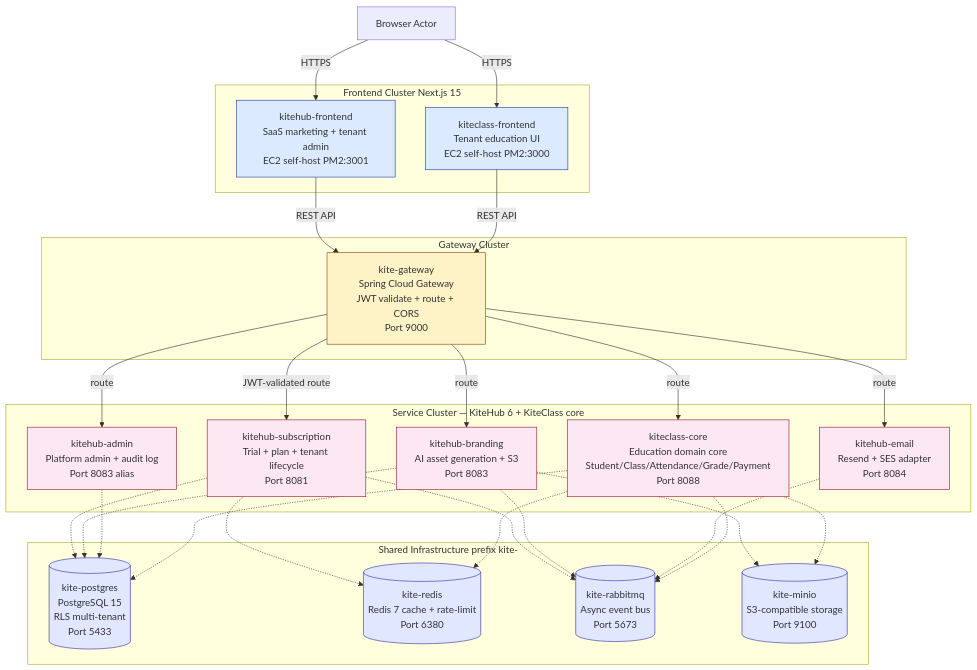
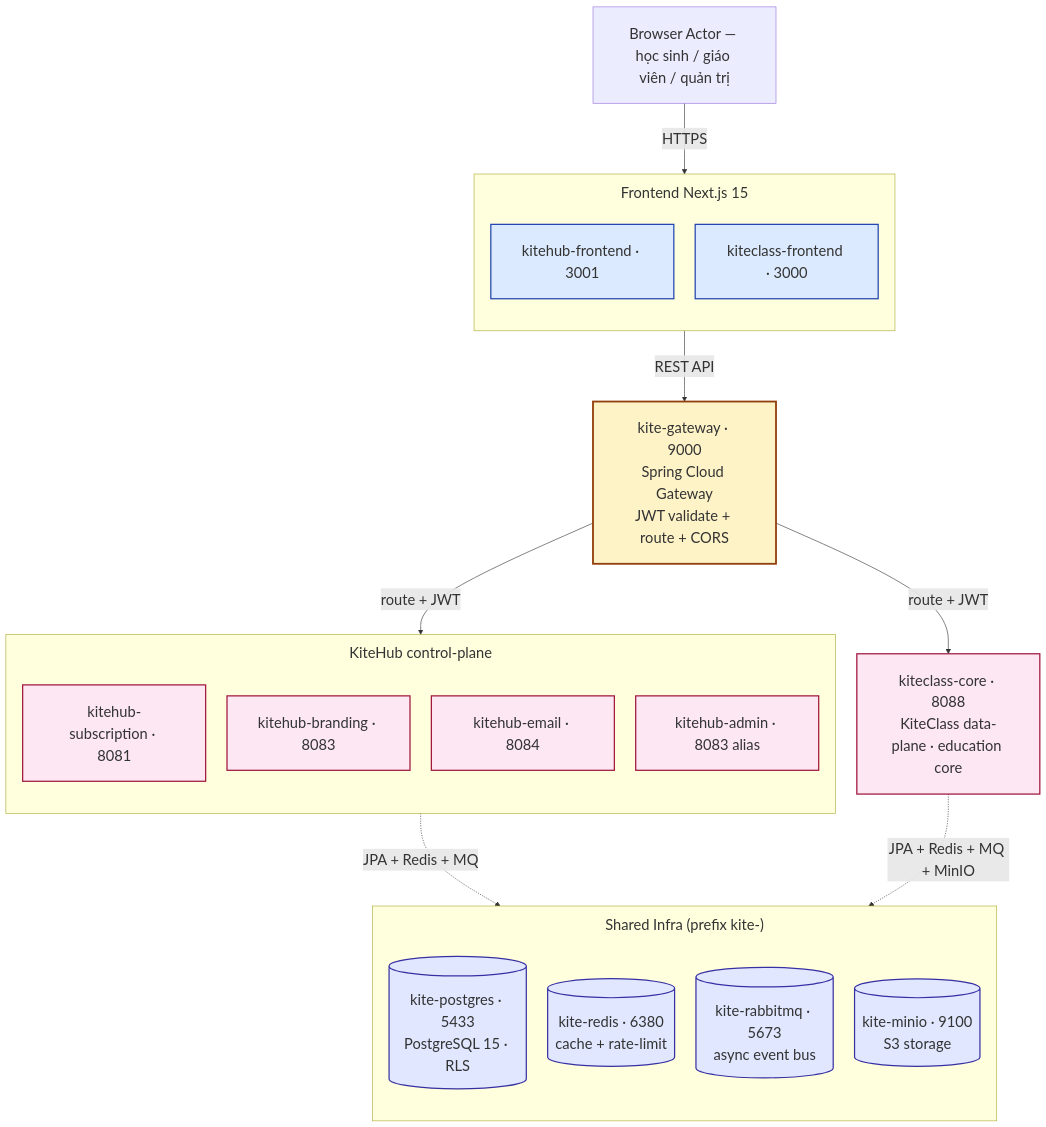
One commit to VictorAurelius/2026-Kite-Class-Platform changed the second of 10 diagrams in documents/08-thesis/chapter-2-system-architecture.md. Above: the diagram before and after it, drawn with Mermaid. The commit also changed other lines of this file and 24 other files, not shown here.

````diff
--- a/documents/08-thesis/chapter-2-system-architecture.md
+++ b/documents/08-thesis/chapter-2-system-architecture.md
@@ -246,60 +251,47 @@
 ```mermaid
+%%{init: {"flowchart": {"htmlLabels": true, "nodeSpacing": 35, "rankSpacing": 80, "padding": 25, "subGraphTitleMargin": {"top": 12, "bottom": 18}}, "themeVariables": {"fontSize": "24px"}}}%%
 flowchart TB
-    User[Browser Actor]
+    User[Browser Actor — học sinh / giáo viên / quản trị]
 
-    subgraph FrontendCluster["Frontend Cluster Next.js 15"]
-        KHF[kitehub-frontend<br/>SaaS marketing + tenant admin<br/>EC2 self-host PM2:3001]
-        KCF[kiteclass-frontend<br/>Tenant education UI<br/>EC2 self-host PM2:3000]
+    subgraph FrontendCluster["Frontend Next.js 15"]
+        direction TB
+        KHF[kitehub-frontend · 3001]
+        KCF[kiteclass-frontend · 3000]
     end
 
-    subgraph GatewayCluster["Gateway Cluster"]
-        GW[kite-gateway<br/>Spring Cloud Gateway<br/>JWT validate + route + CORS<br/>Port 9000]
+    GW[kite-gateway · 9000<br/>Spring Cloud Gateway<br/>JWT validate + route + CORS]
+
+    subgraph ServiceClusterTop["KiteHub control-plane"]
+        direction TB
+        KHS[kitehub-subscription · 8081]
+        KHB[kitehub-branding · 8083]
+        KHE[kitehub-email · 8084]
+        KHA[kitehub-admin · 8083 alias]
     end
 
-    subgraph ServiceCluster["Service Cluster — KiteHub 6 + KiteClass core"]
-        KHS[kitehub-subscription<br/>Trial + plan + tenant lifecycle<br/>Port 8081]
-        KHB[kitehub-branding<br/>AI asset generation + S3<br/>Port 8083]
-        KHE[kitehub-email<br/>Resend + SES adapter<br/>Port 8084]
-        KHA[kitehub-admin<br/>Platform admin + audit log<br/>Port 8083 alias]
-        KCC[kiteclass-core<br/>Education domain core<br/>Student/Class/Attendance/Grade/Payment<br/>Port 8088]
+    KCC[kiteclass-core · 8088<br/>KiteClass data-plane · education core]
+
+    subgraph InfraCluster["Shared Infra (prefix kite-)"]
+        direction TB
+        PG[(kite-postgres · 5433<br/>PostgreSQL 15 · RLS)]
+        RD[(kite-redis · 6380<br/>cache + rate-limit)]
+        MQ[(kite-rabbitmq · 5673<br/>async event bus)]
+        MN[(kite-minio · 9100<br/>S3 storage)]
     end
 
-    subgraph InfraCluster["Shared Infrastructure prefix kite-"]
-        PG[(kite-postgres<br/>PostgreSQL 15<br/>RLS multi-tenant<br/>Port 5433)]
-        RD[(kite-redis<br/>Redis 7 cache + rate-limit<br/>Port 6380)]
-        MQ[(kite-rabbitmq<br/>Async event bus<br/>Port 5673)]
-        MN[(kite-minio<br/>S3-compatible storage<br/>Port 9100)]
-    end
+    User -->|HTTPS| FrontendCluster
+    FrontendCluster -->|REST API| GW
+    GW -->|route + JWT| ServiceClusterTop
+    GW -->|route + JWT| KCC
+    ServiceClusterTop -.->|JPA + Redis + MQ| InfraCluster
+    KCC -.->|JPA + Redis + MQ + MinIO| InfraCluster
 
-    User -->|HTTPS| KHF
-    User -->|HTTPS| KCF
-    KHF -->|REST API| GW
-    KCF -->|REST API| GW
-    GW -->|JWT-validated route| KHS
-    GW -->|route| KHB
-    GW -->|route| KHE
-    GW -->|route| KHA
-    GW -->|route| KCC
-
-    KHS -.-> PG
-    KHS -.-> RD
-    KHS -.-> MQ
-    KHB -.-> PG
-    KHB -.-> MN
-    KHB -.-> MQ
-    KHE -.-> MQ
-    KHA -.-> PG
-    KCC -.-> PG
-    KCC -.-> RD
-    KCC -.-> MQ
-    KCC -.-> MN
-
-    classDef frontend fill:#dbeafe,stroke:#1e40af
-    classDef gateway fill:#fef3c7,stroke:#92400e
-    classDef service fill:#fce7f3,stroke:#9f1239
-    classDef infra fill:#e0e7ff,stroke:#3730a3
+    classDef frontend fill:#dbeafe,stroke:#1e40af,stroke-width:2px
+    classDef gateway fill:#fef3c7,stroke:#92400e,stroke-width:3px
+    classDef service fill:#fce7f3,stroke:#9f1239,stroke-width:2px
+    classDef infra fill:#e0e7ff,stroke:#3730a3,stroke-width:2px
     class KHF,KCF frontend
     class GW gateway
     class KHS,KHB,KHE,KHA,KCC service
     class PG,RD,MQ,MN infra
 ```
````
